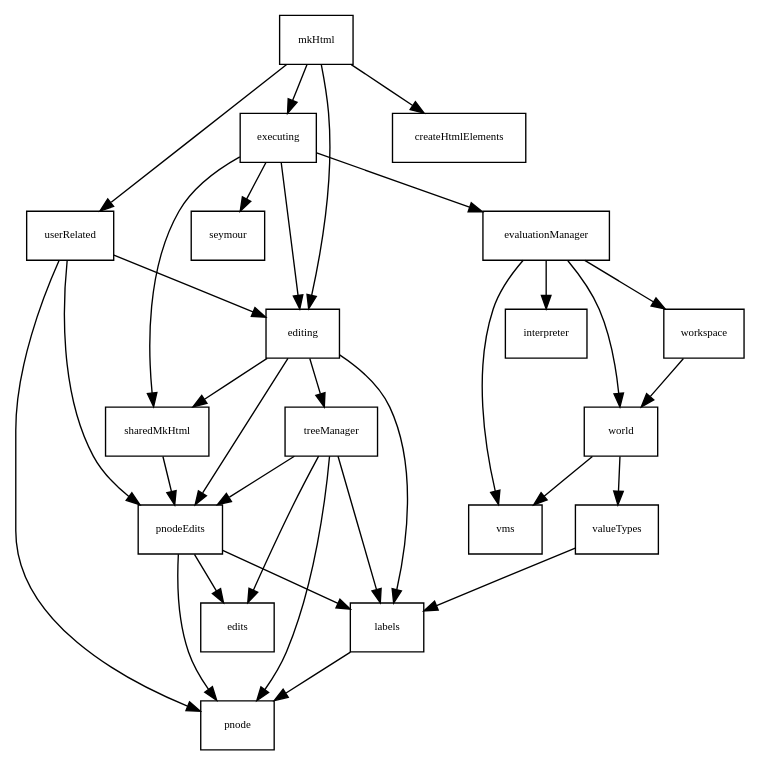
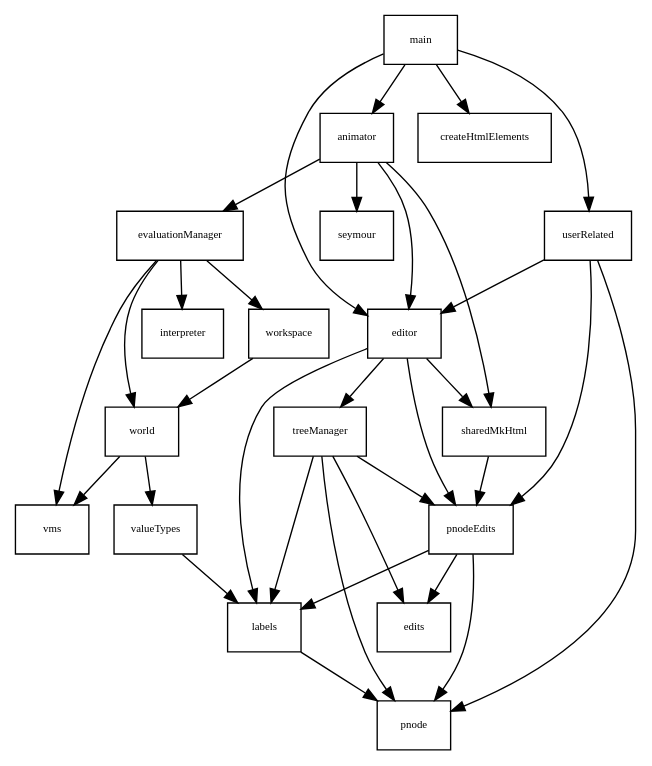
The diagram in typescriptSrc/dependence-js.gv (theodore-norvell/PLAAY), drawn with Graphviz before and after one commit. The commit also changed 7 other files, not shown here.

```diff
--- a/typescriptSrc/dependence-js.gv
+++ b/typescriptSrc/dependence-js.gv
@@ -1,52 +1,49 @@
 digraph Depends {
 
    gsize="8,6"; ratio=fill;
    node[fontsize=8, shape=rectangle];
 
-   editing -> labels ;
-   editing -> pnodeEdits ;
-   editing -> sharedMkHtml ;
-   editing -> treeManager ;
+   animator -> editor ;
+   animator -> evaluationManager ;
+   animator -> seymour ;
+   animator -> sharedMkHtml ;
+
+   editor -> labels ;
+   editor -> pnodeEdits ;
+   editor -> sharedMkHtml ;
+   editor -> treeManager ;
 
    evaluationManager -> interpreter ;
    evaluationManager -> vms ;
    evaluationManager -> workspace ;
    evaluationManager -> world ;
 
-   executing -> editing ;
-   executing -> evaluationManager ;
-   executing -> seymour ;
-   executing -> sharedMkHtml ;
-
-   //mkHtml -> assert ;
-   //mkHtml -> collections ;
-
    labels -> pnode
 
-   mkHtml -> createHtmlElements ;
-   mkHtml -> editing ;
-   mkHtml -> executing ;
-   mkHtml -> userRelated ;
+   main -> createHtmlElements ;
+   main -> editor ;
+   main -> animator ;
+   main -> userRelated ;
 
    pnodeEdits -> edits ;
    pnodeEdits -> labels ;
    pnodeEdits -> pnode ;
 
    sharedMkHtml -> pnodeEdits ;
 
    treeManager -> edits ;
    treeManager -> labels ;
    treeManager -> pnode ;
    treeManager -> pnodeEdits ;
 
-   userRelated -> editing ;
+   userRelated -> editor ;
    userRelated -> pnodeEdits ;
    userRelated -> pnode ;
 
    valueTypes -> labels ;
 
    workspace -> world ;
 
    world -> valueTypes ;
    world -> vms ;
 }
```
